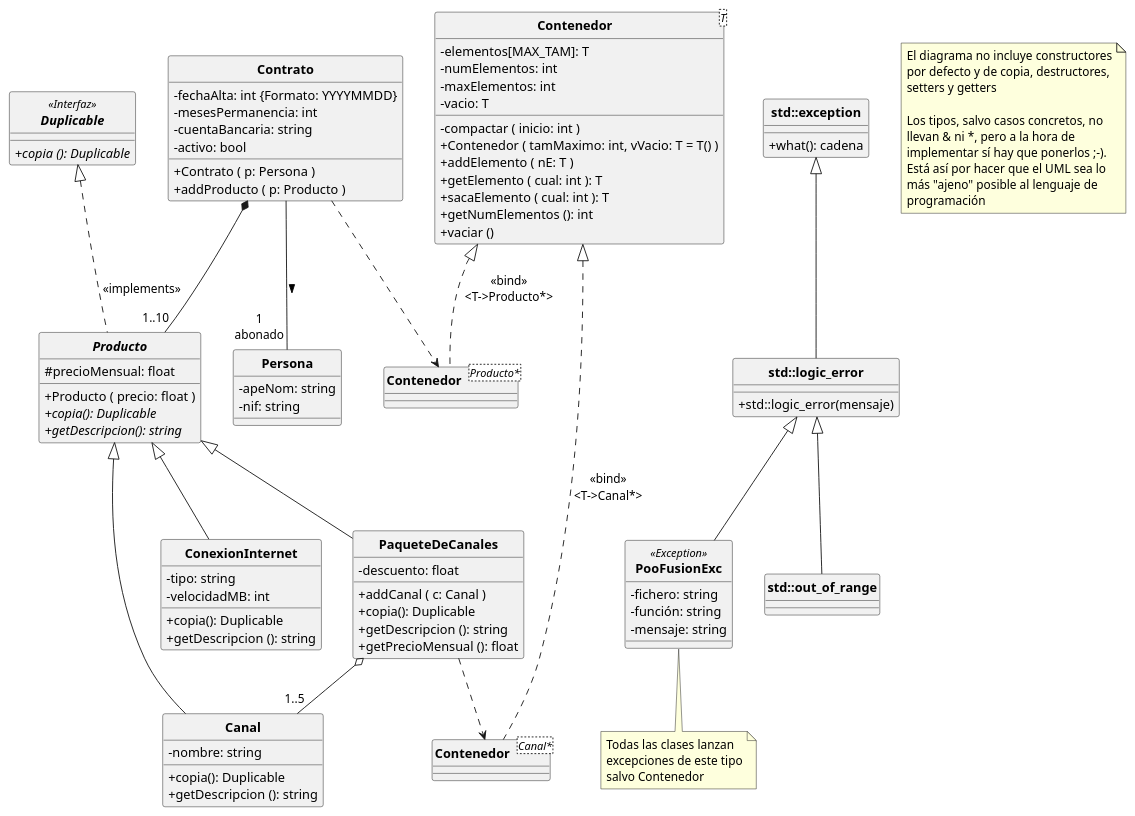
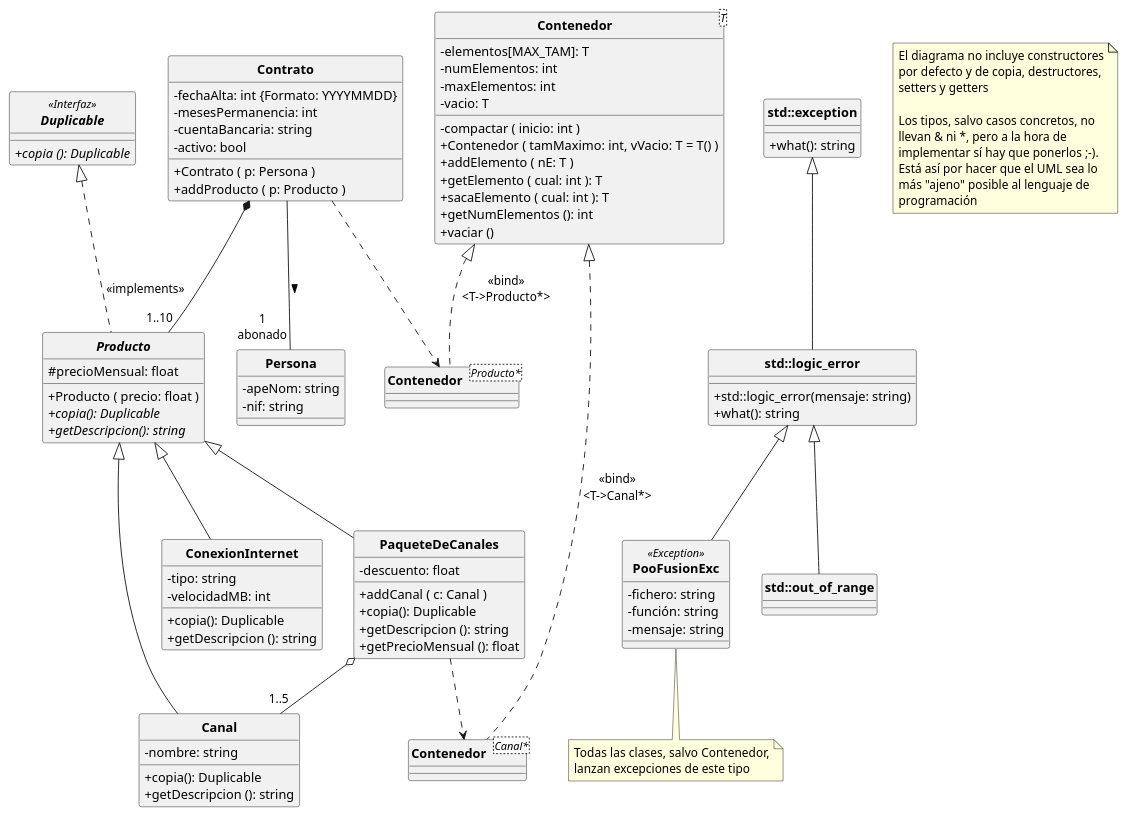
Before and after one commit to POOUJA/PooFusion: the diagram in PooFusion.puml, drawn with PlantUML. The commit also changed 2 other files, not shown here.

Commit message:
Actualizados diagramas de clases

```diff
--- a/PooFusion.puml
+++ b/PooFusion.puml
@@ -1,120 +1,120 @@
 @startuml
 
 hide circle
 skinparam classattributeiconsize 0
 skinparam classFontStyle bold
 
 interface Duplicable<<Interfaz>> {
    + {abstract} copia (): Duplicable
 }
 
 class Persona {
    - apeNom: string
    - nif: string
 }
 
 class Contrato {
    - fechaAlta: int {Formato: YYYYMMDD}
    - mesesPermanencia: int
    - cuentaBancaria: string
    - activo: bool
    + Contrato ( p: Persona )
    + addProducto ( p: Producto )
 }
 
 abstract class Producto {
    # precioMensual: float
    + Producto ( precio: float )
    + {abstract} copia(): Duplicable
    + {abstract} getDescripcion(): string
 }
 
 class ConexionInternet {
    - tipo: string
    - velocidadMB: int
    + copia(): Duplicable
    + getDescripcion (): string
 }
 
 class Canal {
    - nombre: string
    + copia(): Duplicable
    + getDescripcion (): string
 }
 
 class PaqueteDeCanales {
    - descuento: float
    + addCanal ( c: Canal )
    + copia(): Duplicable
    + getDescripcion (): string
    + getPrecioMensual (): float
 }
 
 class Contenedor<T> {
    - elementos[MAX_TAM]: T
    - numElementos: int
    - maxElementos: int
    - vacio: T
 
    - compactar ( inicio: int )
    + Contenedor ( tamMaximo: int, vVacio: T = T() )
    + addElemento ( nE: T )
    + getElemento ( cual: int ): T
    + sacaElemento ( cual: int ): T
    + getNumElementos (): int
    + vaciar ()
 }
 
 class PooFusionExc<<Exception>> extends std::logic_error{
    - fichero: string
    - función: string
    - mensaje: string
 }
 note bottom of PooFusionExc
-   Todas las clases lanzan
-   excepciones de este tipo
-   salvo Contenedor
+   Todas las clases, salvo Contenedor,
+   lanzan excepciones de este tipo
 end note
 
 class std::exception {
-  + what(): cadena
+  + what(): string
 }
 
 class std::logic_error extends std::exception {
-  +std::logic_error(mensaje)
+  +std::logic_error(mensaje: string)
+  +what(): string
 }
 class std::out_of_range extends std::logic_error
 
 class "Contenedor<Canal*>" as CC {
 }
 
 class "Contenedor<Producto*>" as CP{
 }
 
 
 Contrato -- "1\nabonado" Persona: >
 Producto <|-- ConexionInternet 
 Producto <|-- Canal
 Producto <|-- PaqueteDeCanales
 Contenedor <|.. CP: <<bind>>\n<T->Producto*>
 Contrato ..> CP
 Contrato *-- "1..10" Producto
 Duplicable <|.. Producto: <<implements>>
 Contenedor <|.. CC: <<bind>>\n<T->Canal*>
 PaqueteDeCanales o-- "1..5"Canal
 PaqueteDeCanales ..> CC
 
 note as Nota1
    El diagrama no incluye constructores
    por defecto y de copia, destructores,
    setters y getters
 
    Los tipos, salvo casos concretos, no
    llevan & ni *, pero a la hora de
    implementar sí hay que ponerlos ;-). 
    Está así por hacer que el UML sea lo
    más "ajeno" posible al lenguaje de
    programación
 end note
 
 @enduml
```
